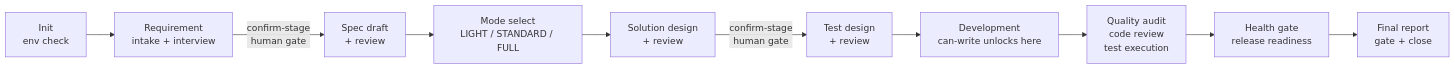
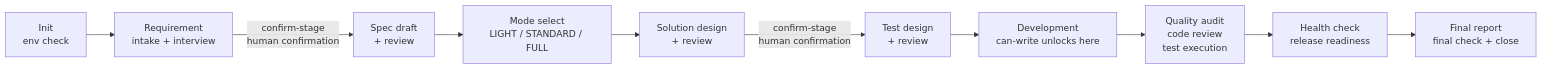
Before and after one commit to rye567/loopx: the diagram in README.md, drawn with Mermaid. The commit also changed other lines of this file and 114 other files, not shown here.

````diff
--- a/README.md
+++ b/README.md
@@ -13,12 +13,12 @@
 ```mermaid
 flowchart LR
     A["Init<br/>env check"] --> B["Requirement<br/>intake + interview"]
-    B -->|"confirm-stage<br/>human gate"| C["Spec draft<br/>+ review"]
+    B -->|"confirm-stage<br/>human confirmation"| C["Spec draft<br/>+ review"]
     C --> D["Mode select<br/>LIGHT / STANDARD / FULL"]
     D --> E["Solution design<br/>+ review"]
-    E -->|"confirm-stage<br/>human gate"| F["Test design<br/>+ review"]
+    E -->|"confirm-stage<br/>human confirmation"| F["Test design<br/>+ review"]
     F --> G["Development<br/>can-write unlocks here"]
     G --> H["Quality audit<br/>code review<br/>test execution"]
-    H --> I["Health gate<br/>release readiness"]
-    I --> J["Final report<br/>gate + close"]
+    H --> I["Health check<br/>release readiness"]
+    I --> J["Final report<br/>final check + close"]
 ```
````
